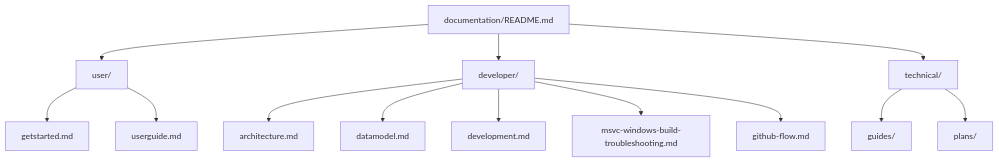
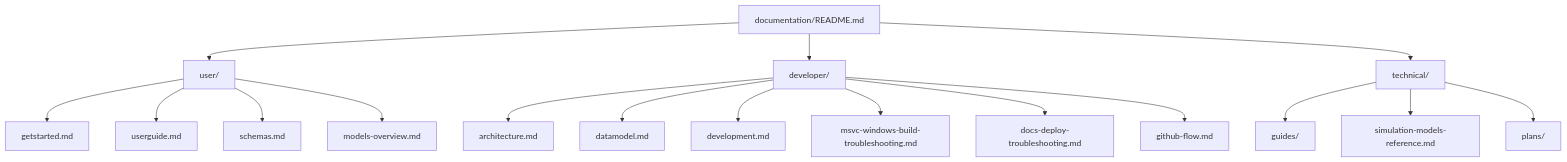
Before and after one commit to imperialCHEPI/healthgps: the diagram in documentation/index.md, drawn with Mermaid. The commit also changed other lines of this file and 34 other files, not shown here.

````diff
--- a/documentation/index.md
+++ b/documentation/index.md
@@ -138,16 +138,20 @@
 ```mermaid
 flowchart TB
     ROOT[documentation/README.md]
     ROOT --> USER[user/]
     ROOT --> DEV[developer/]
     ROOT --> TECH[technical/]
     USER --> GS[getstarted.md]
     USER --> UG[userguide.md]
+    USER --> SCH[schemas.md]
+    USER --> MOD[models-overview.md]
     DEV --> ARCH[architecture.md]
     DEV --> DM[datamodel.md]
     DEV --> DV[development.md]
     DEV --> MSVC[msvc-windows-build-troubleshooting.md]
+    DEV --> DOCSDEP[docs-deploy-troubleshooting.md]
     DEV --> GH[github-flow.md]
     TECH --> GUIDES[guides/]
+    TECH --> MODELREF[simulation-models-reference.md]
     TECH --> PLANS[plans/]
 ```
````
